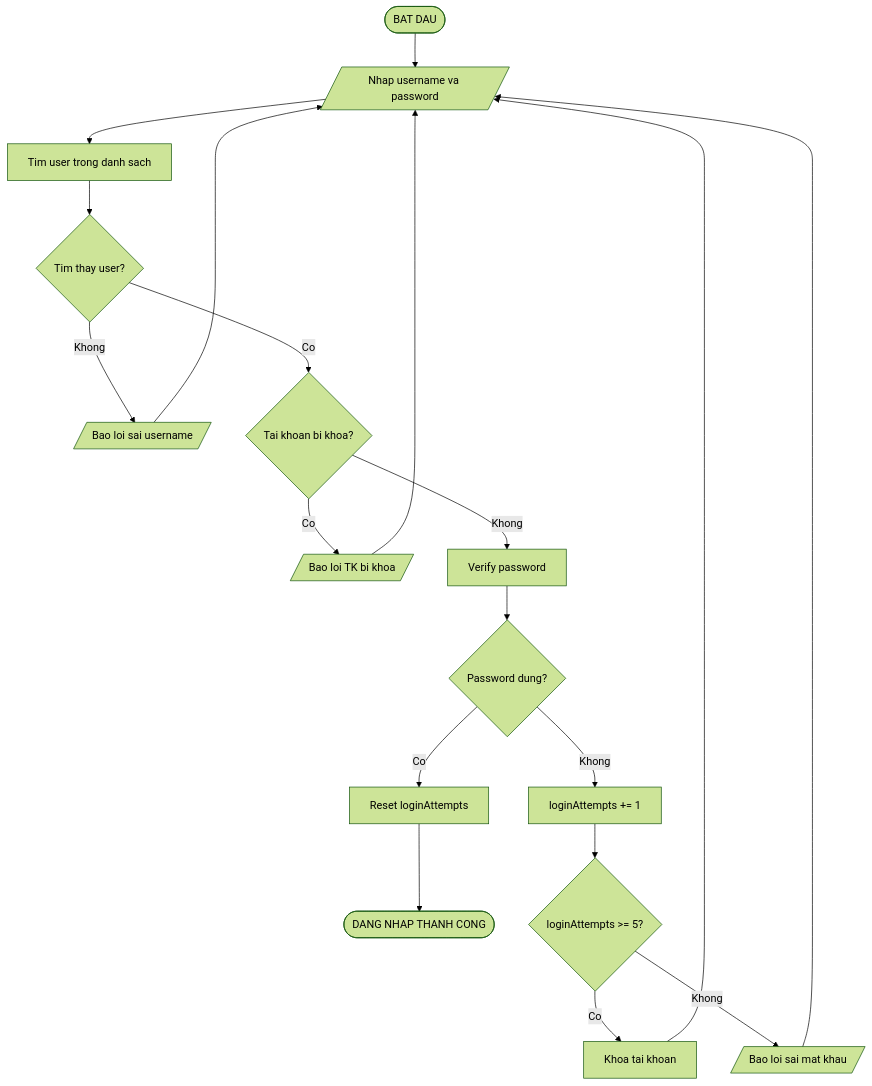
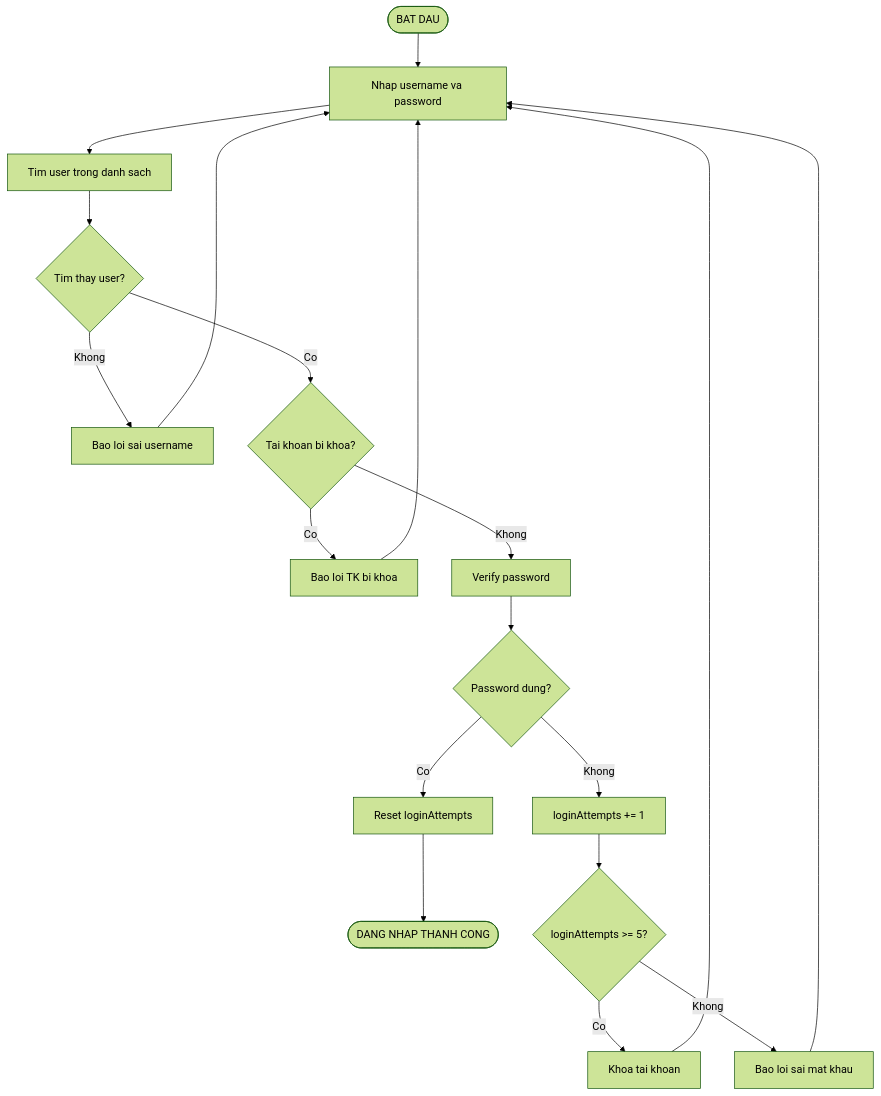
One commit to phucphuc2006/pro-192 changed the second of 20 diagrams in docs/Flowcharts/Flowcharts.md. Above: the diagram before and after it, drawn with Mermaid (forest theme). The commit also changed other lines of this file, not shown here.

Commit message:
Fix Mermaid: remove parallelogram syntax for GitHub

````diff
--- a/docs/Flowcharts/Flowcharts.md
+++ b/docs/Flowcharts/Flowcharts.md
@@ -33,21 +32,21 @@
 ```mermaid
 flowchart TD
-    A([BAT DAU]) --> B[/Nhap username va password/]
+    A([BAT DAU]) --> B[Nhap username va password]
     B --> C[Tim user trong danh sach]
     C --> D{Tim thay user?}
-    D -->|Khong| E[/Bao loi sai username/]
+    D -->|Khong| E[Bao loi sai username]
     E --> B
     D -->|Co| F{Tai khoan bi khoa?}
-    F -->|Co| G[/Bao loi TK bi khoa/]
+    F -->|Co| G[Bao loi TK bi khoa]
     G --> B
     F -->|Khong| H[Verify password]
     H --> I{Password dung?}
     I -->|Co| J[Reset loginAttempts]
     J --> K([DANG NHAP THANH CONG])
     I -->|Khong| L[loginAttempts += 1]
     L --> M{loginAttempts >= 5?}
     M -->|Co| N[Khoa tai khoan]
     N --> B
-    M -->|Khong| O[/Bao loi sai mat khau/]
+    M -->|Khong| O[Bao loi sai mat khau]
     O --> B
 ```
````
